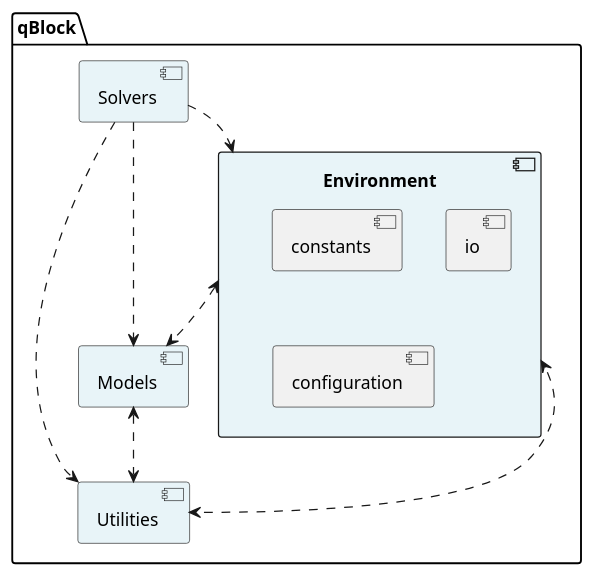
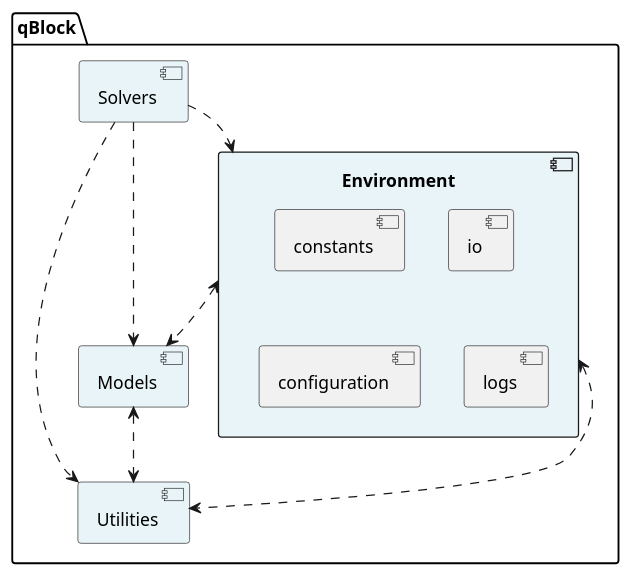
One commit to milosz-martynow/qBlock changed the diagram in architecture/component_diagram.puml. Above: the diagram before and after it, drawn with PlantUML. The commit also changed 82 other files, not shown here.

```diff
--- a/architecture/component_diagram.puml
+++ b/architecture/component_diagram.puml
@@ -1,33 +1,34 @@
 @startuml component_diagram
 
 
 ' ═══════════════════════════════════════════════════════════
 ' Component Definitions
 ' ═══════════════════════════════════════════════════════════
 
 package "qBlock" {
 
   component [Environment] as environment #E8F4F8 {
     [constants]
     [io]
     [configuration]
+    [logs]
   }
   component [Models] as models #E8F4F8
   component [Solvers] as solvers #E8F4F8
   component [Utilities] as utilities #E8F4F8
 
 }
 
 ' ═══════════════════════════════════════════════════════════
 ' Dependencies and Relationships
 ' ═══════════════════════════════════════════════════════════
 
 ' Component dependencies
 environment <..> models
 environment <..> utilities
 models <..> utilities
 solvers ..> environment
 solvers ..> models
 solvers ..> utilities
 
 @enduml
```
